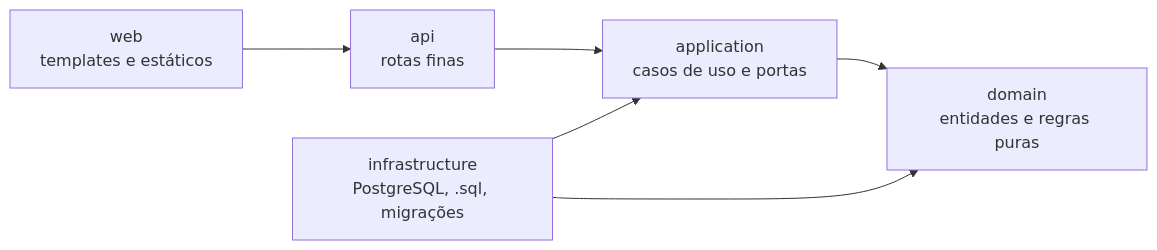
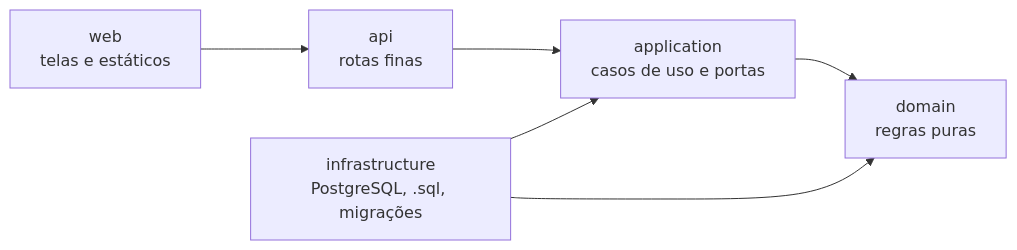
One commit to Wally-SC/servicedesk-ledger changed the diagram in README.md. Above: the diagram before and after it, drawn with Mermaid. The commit also changed other lines of this file, not shown here.

````diff
--- a/README.md
+++ b/README.md
@@ -50,9 +68,9 @@
 ```mermaid
 flowchart LR
-    web["web<br/>templates e estáticos"] --> api
+    web["web<br/>telas e estáticos"] --> api
     api["api<br/>rotas finas"] --> application
     infrastructure["infrastructure<br/>PostgreSQL, .sql, migrações"] --> application
     application["application<br/>casos de uso e portas"] --> domain
     infrastructure --> domain
-    domain["domain<br/>entidades e regras puras"]
+    domain["domain<br/>regras puras"]
 ```
````
